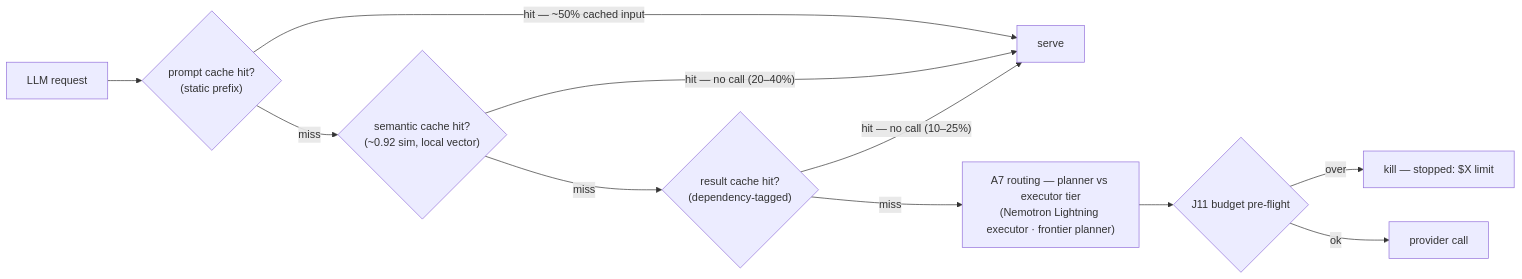
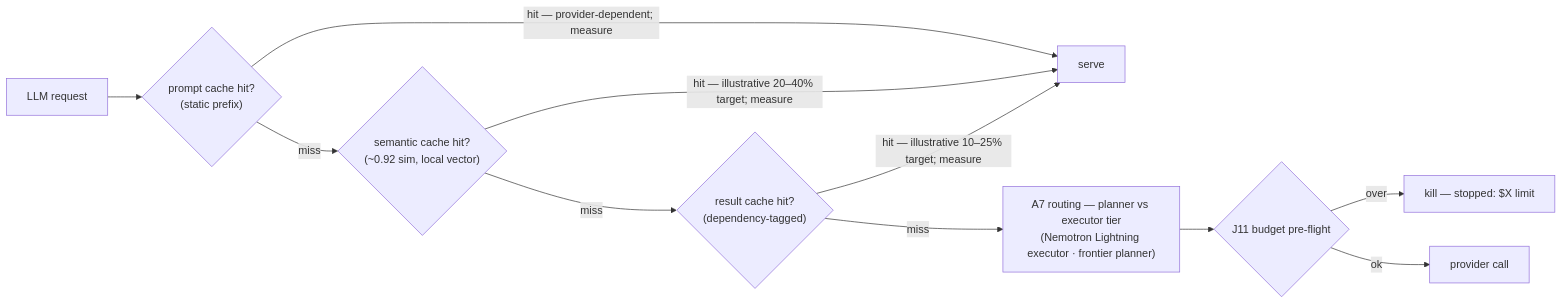
The fifth of 9 diagrams in DESKTOP-APP-SPEC.md (sarv-projects/EveryAIOS), drawn with Mermaid before and after one commit. The commit also changed other lines of this file and 180 other files, not shown here.

````diff
--- a/DESKTOP-APP-SPEC.md
+++ b/DESKTOP-APP-SPEC.md
@@ -523,13 +526,13 @@
 ```mermaid
 flowchart LR
     REQ["LLM request"] --> P{"prompt cache hit?<br/>(static prefix)"}
-    P -->|"hit — ~50% cached input"| OUT["serve"]
+    P -->|"hit — provider-dependent; measure"| OUT["serve"]
     P -->|"miss"| S{"semantic cache hit?<br/>(~0.92 sim, local vector)"}
-    S -->|"hit — no call (20–40%)"| OUT
+    S -->|"hit — illustrative 20–40% target; measure"| OUT
     S -->|"miss"| R{"result cache hit?<br/>(dependency-tagged)"}
-    R -->|"hit — no call (10–25%)"| OUT
+    R -->|"hit — illustrative 10–25% target; measure"| OUT
     R -->|"miss"| ROUTE["A7 routing — planner vs executor tier<br/>(Nemotron Lightning executor · frontier planner)"]
     ROUTE --> BUDGET{"J11 budget pre-flight"}
     BUDGET -->|"over"| KILL["kill — stopped: $X limit"]
     BUDGET -->|"ok"| CALL["provider call"]
 ```
````
